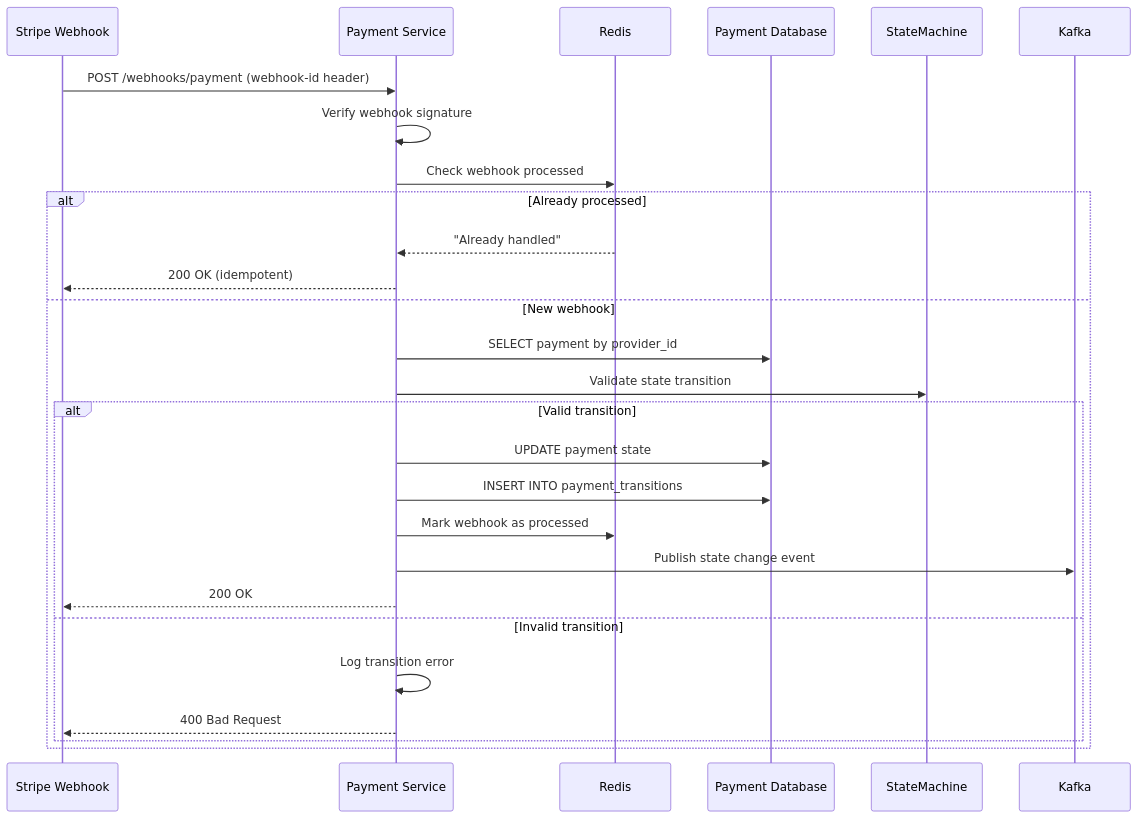
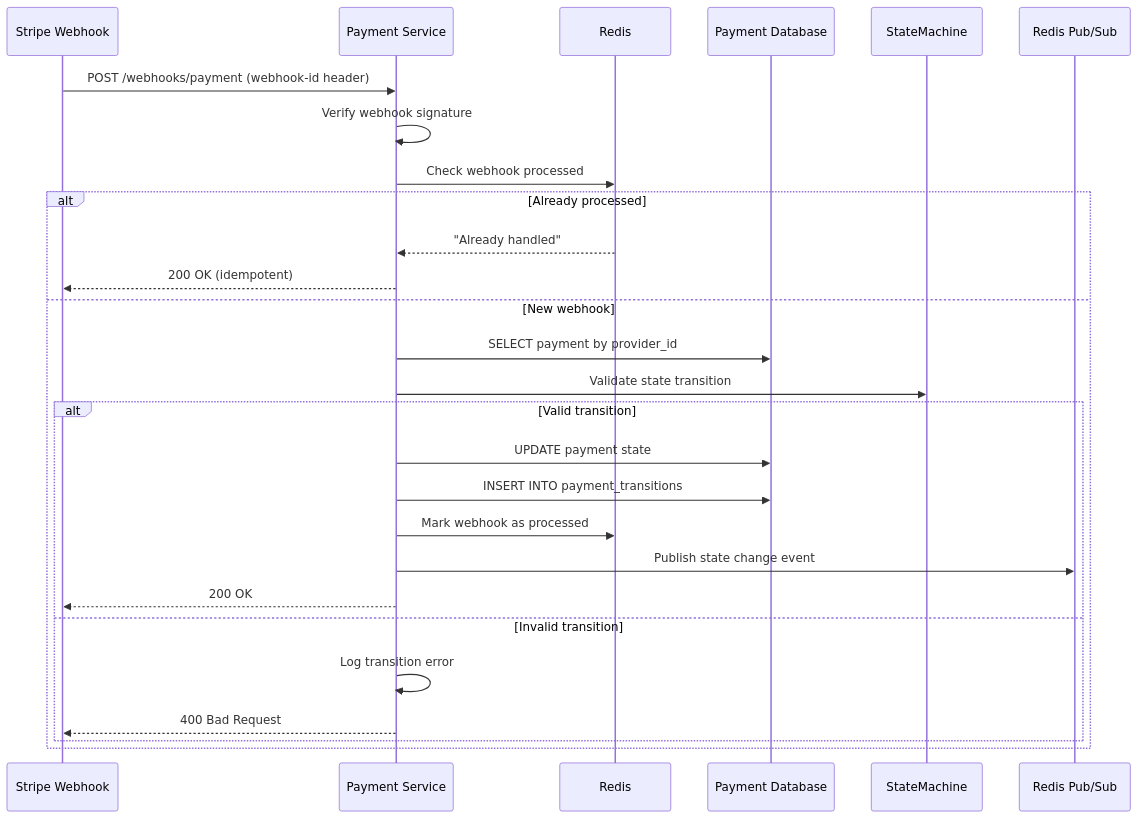
The seventh of 20 diagrams in docs/others/SYSTEM_FLOW.md (SM-Shaan/API_Hackathon_Innovatrix), drawn with Mermaid before and after one commit. The commit also changed other lines of this file and 5 other files, not shown here.

First line of the commit message:
docs: add comprehensive architecture diagrams to README

````diff
--- a/docs/others/SYSTEM_FLOW.md
+++ b/docs/others/SYSTEM_FLOW.md
@@ -191,32 +191,32 @@
 ```mermaid
 sequenceDiagram
     participant StripeWebhook as Stripe Webhook
     participant PaymentSvc as Payment Service
     participant Redis
     participant PaymentDB as Payment Database
     participant StateMachine
-    participant Kafka
-    
+    participant RedisPubSub as Redis Pub/Sub
+
     StripeWebhook->>PaymentSvc: POST /webhooks/payment (webhook-id header)
     PaymentSvc->>PaymentSvc: Verify webhook signature
     
     PaymentSvc->>Redis: Check webhook processed
     alt Already processed
         Redis-->>PaymentSvc: "Already handled"
         PaymentSvc-->>StripeWebhook: 200 OK (idempotent)
     else New webhook
         PaymentSvc->>PaymentDB: SELECT payment by provider_id
         PaymentSvc->>StateMachine: Validate state transition
         
         alt Valid transition
             PaymentSvc->>PaymentDB: UPDATE payment state
             PaymentSvc->>PaymentDB: INSERT INTO payment_transitions
             PaymentSvc->>Redis: Mark webhook as processed
-            PaymentSvc->>Kafka: Publish state change event
+            PaymentSvc->>RedisPubSub: Publish state change event
             PaymentSvc-->>StripeWebhook: 200 OK
         else Invalid transition
             PaymentSvc->>PaymentSvc: Log transition error
             PaymentSvc-->>StripeWebhook: 400 Bad Request
         end
     end
 ```
````
